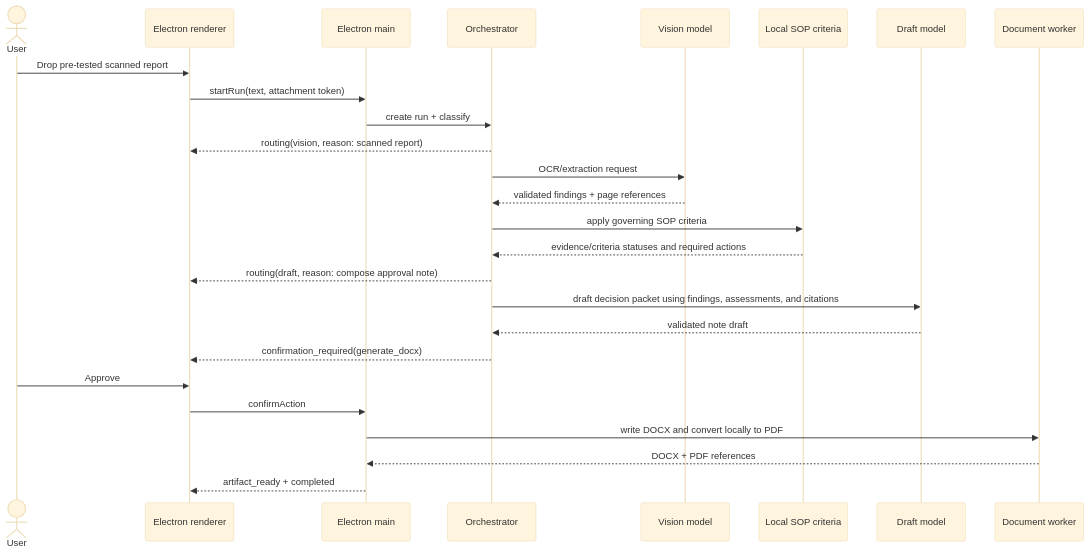
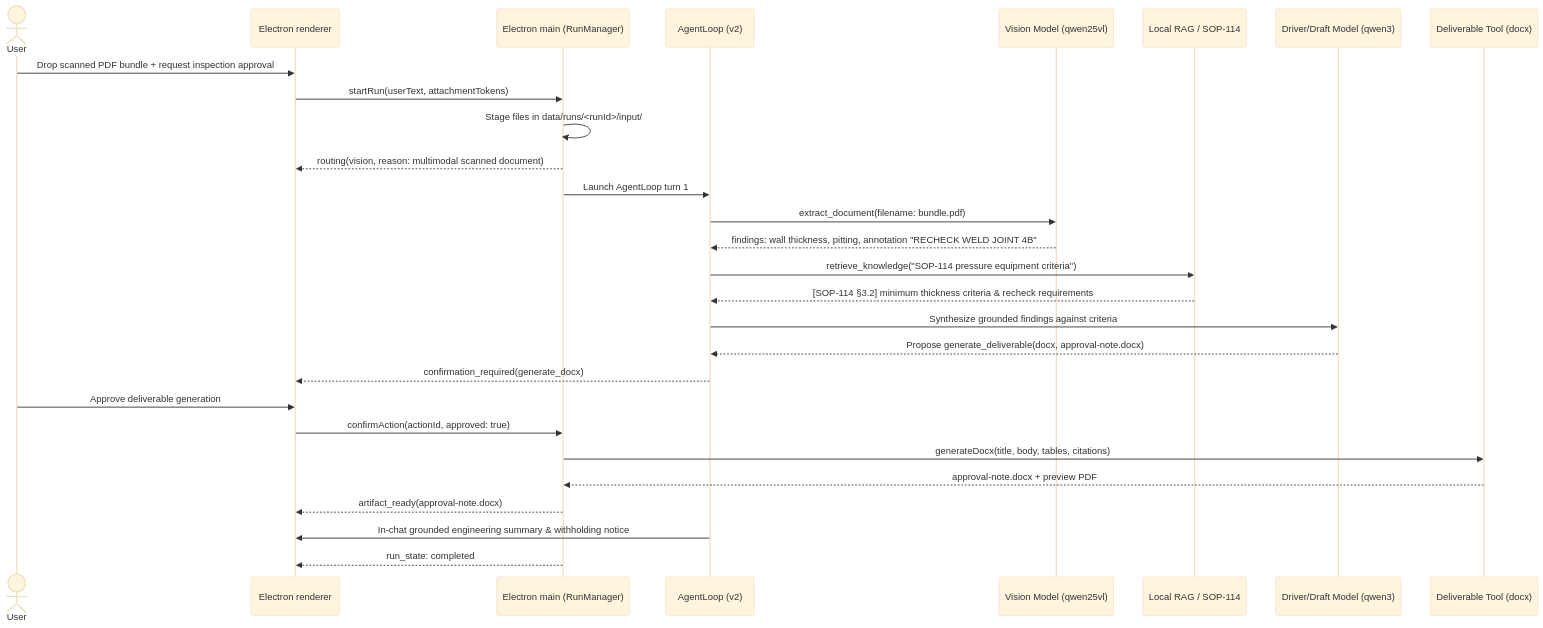
Before and after one commit to BITverse-24/local-workbench: the first of 3 diagrams in docs/architecture/flows-and-data.md, drawn with Mermaid (base theme). The commit also changed other lines of this file and 4 other files, not shown here.

````diff
--- a/docs/architecture/flows-and-data.md
+++ b/docs/architecture/flows-and-data.md
@@ -18,29 +16,31 @@
 ```mermaid
 sequenceDiagram
     actor User
     participant UI as Electron renderer
-    participant Main as Electron main
-    participant O as Orchestrator
-    participant V as Vision model
-    participant K as Local SOP criteria
-    participant D as Draft model
-    participant W as Document worker
+    participant Main as Electron main (RunManager)
+    participant Agent as AgentLoop (v2)
+    participant Vision as Vision Model (qwen25vl)
+    participant RAG as Local RAG / SOP-114
+    participant Draft as Driver/Draft Model (qwen3)
+    participant Tool as Deliverable Tool (docx)
 
-    User->>UI: Drop pre-tested scanned report
-    UI->>Main: startRun(text, attachment token)
-    Main->>O: create run + classify
-    O-->>UI: routing(vision, reason: scanned report)
-    O->>V: OCR/extraction request
-    V-->>O: validated findings + page references
-    O->>K: apply governing SOP criteria
-    K-->>O: evidence/criteria statuses and required actions
-    O-->>UI: routing(draft, reason: compose approval note)
-    O->>D: draft decision packet using findings, assessments, and citations
-    D-->>O: validated note draft
-    O-->>UI: confirmation_required(generate_docx)
-    User->>UI: Approve
-    UI->>Main: confirmAction
-    Main->>W: write DOCX and convert locally to PDF
-    W-->>Main: DOCX + PDF references
-    Main-->>UI: artifact_ready + completed
+    User->>UI: Drop scanned PDF bundle + request inspection approval
+    UI->>Main: startRun(userText, attachmentTokens)
+    Main->>Main: Stage files in data/runs/<runId>/input/
+    Main-->>UI: routing(vision, reason: multimodal scanned document)
+    Main->>Agent: Launch AgentLoop turn 1
+    Agent->>Vision: extract_document(filename: bundle.pdf)
+    Vision-->>Agent: findings: wall thickness, pitting, annotation "RECHECK WELD JOINT 4B"
+    Agent->>RAG: retrieve_knowledge("SOP-114 pressure equipment criteria")
+    RAG-->>Agent: [SOP-114 §3.2] minimum thickness criteria & recheck requirements
+    Agent->>Draft: Synthesize grounded findings against criteria
+    Draft-->>Agent: Propose generate_deliverable(docx, approval-note.docx)
+    Agent-->>UI: confirmation_required(generate_docx)
+    User->>UI: Approve deliverable generation
+    UI->>Main: confirmAction(actionId, approved: true)
+    Main->>Tool: generateDocx(title, body, tables, citations)
+    Tool-->>Main: approval-note.docx + preview PDF
+    Main-->>UI: artifact_ready(approval-note.docx)
+    Agent->>UI: In-chat grounded engineering summary & withholding notice
+    Main-->>UI: run_state: completed
 ```
````
